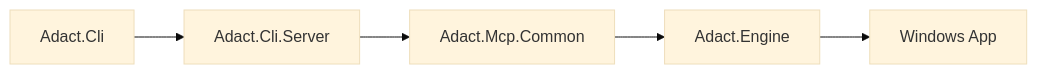
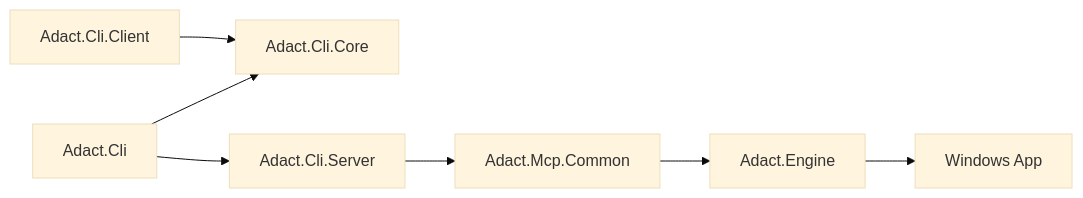
The diagram in docs/architecture/components.md (84q/adact), drawn with Mermaid (base theme) before and after one commit. The commit also changed other lines of this file and 12 other files, not shown here.

````diff
--- a/docs/architecture/components.md
+++ b/docs/architecture/components.md
@@ -5,13 +5,17 @@
 ```mermaid
 flowchart LR
 	cli[Adact.Cli]
+	cli.client[Adact.Cli.Client]
+	cli.core[Adact.Cli.Core]
 	server[Adact.Cli.Server]
 	common[Adact.Mcp.Common]
 	engine[Adact.Engine]
 	app[Windows App]
 
+	cli --> cli.core
+	cli.client --> cli.core
 	cli --> server
 	server --> common
 	common --> engine
 	engine --> app
 ```
````
